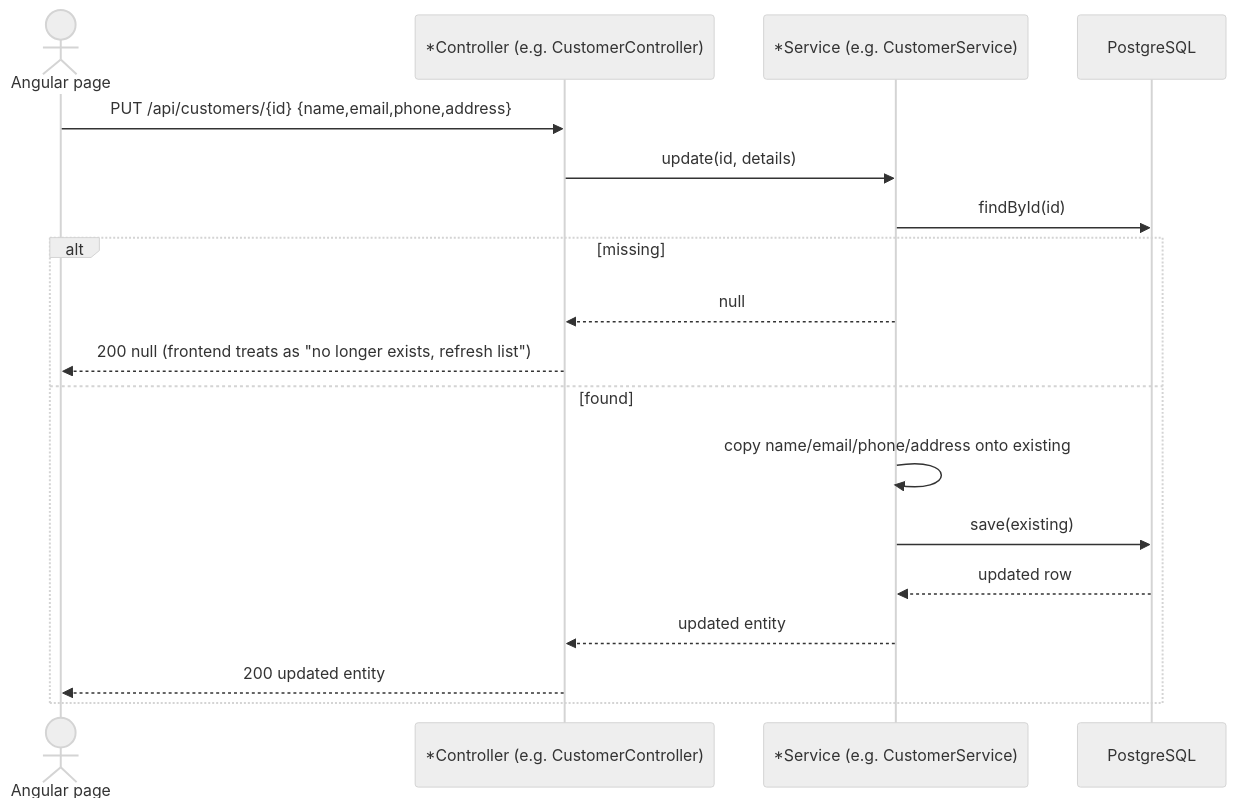
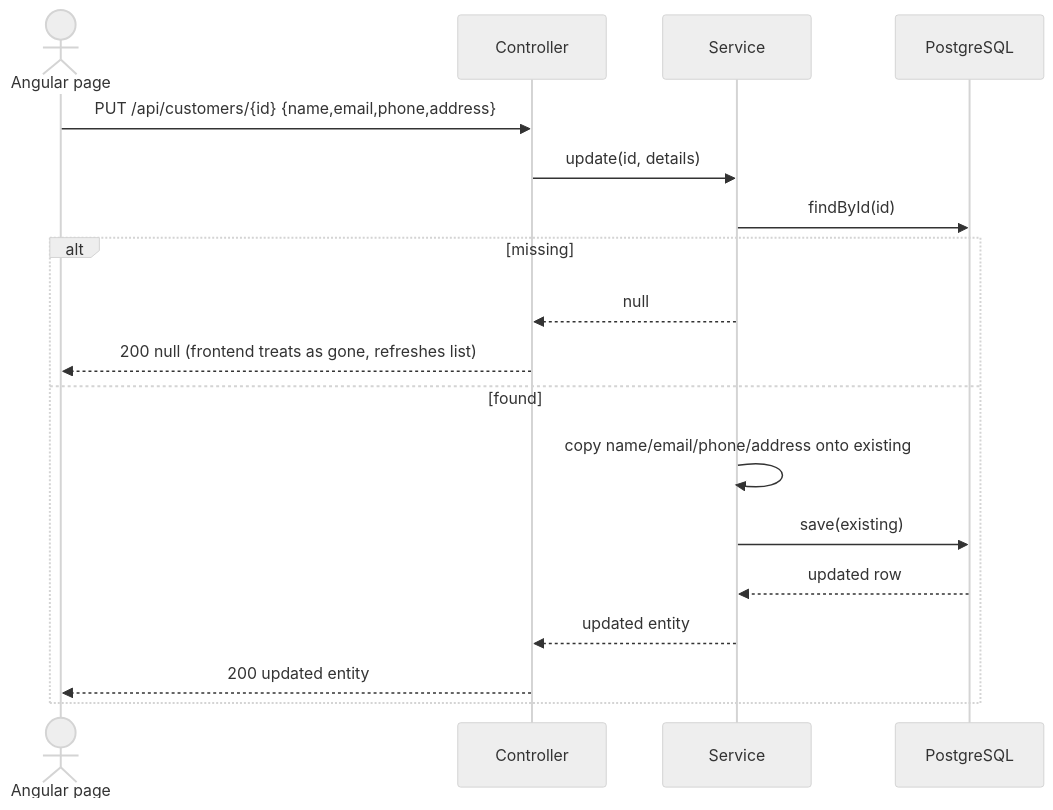
The fourth of 7 diagrams in backend/README.md (shahidansari311/retail-inventory), drawn with Mermaid (neutral theme) before and after one commit. The commit also changed other lines of this file, not shown here.

````diff
--- a/backend/README.md
+++ b/backend/README.md
@@ -213,20 +212,20 @@
 ```mermaid
 sequenceDiagram
   actor U as Angular page
-  participant C as *Controller (e.g. CustomerController)
-  participant S as *Service (e.g. CustomerService)
+  participant C as Controller
+  participant S as Service
   participant DB as PostgreSQL
   U->>C: PUT /api/customers/{id} {name,email,phone,address}
   C->>S: update(id, details)
   S->>DB: findById(id)
   alt missing
     S-->>C: null
-    C-->>U: 200 null (frontend treats as "no longer exists, refresh list")
+    C-->>U: 200 null (frontend treats as gone, refreshes list)
   else found
     S->>S: copy name/email/phone/address onto existing
     S->>DB: save(existing)
     DB-->>S: updated row
     S-->>C: updated entity
     C-->>U: 200 updated entity
   end
 ```
````
